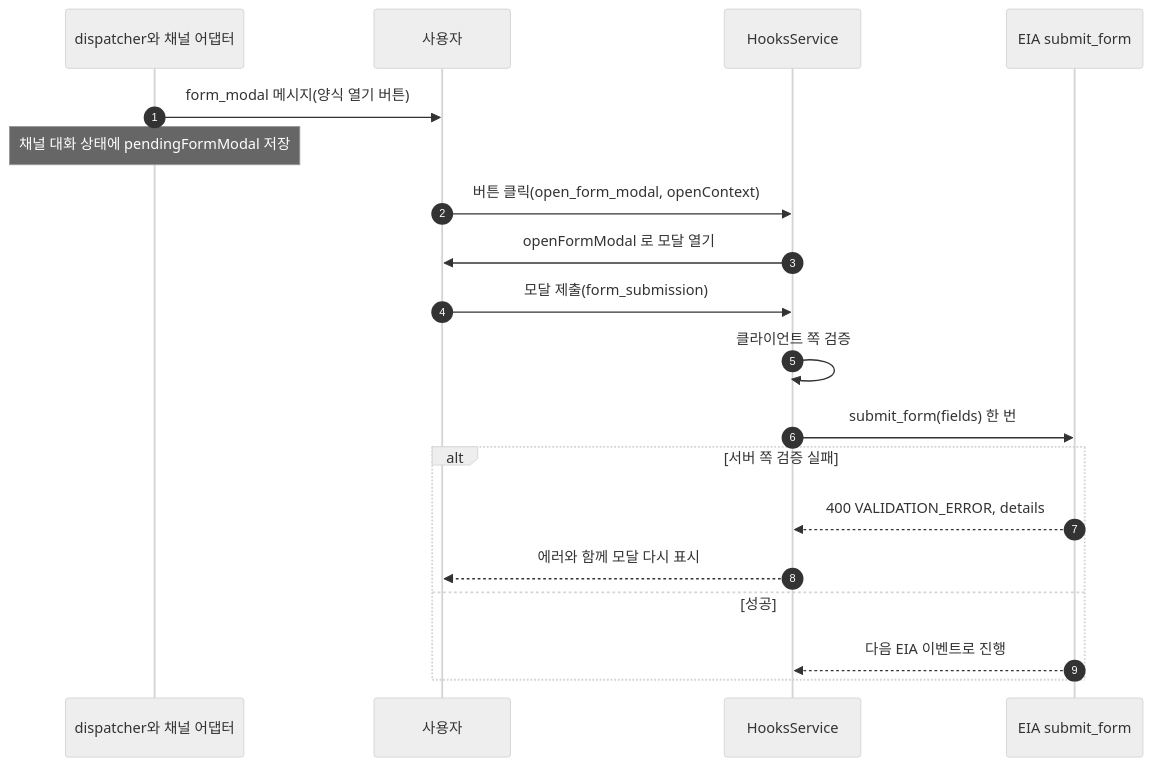
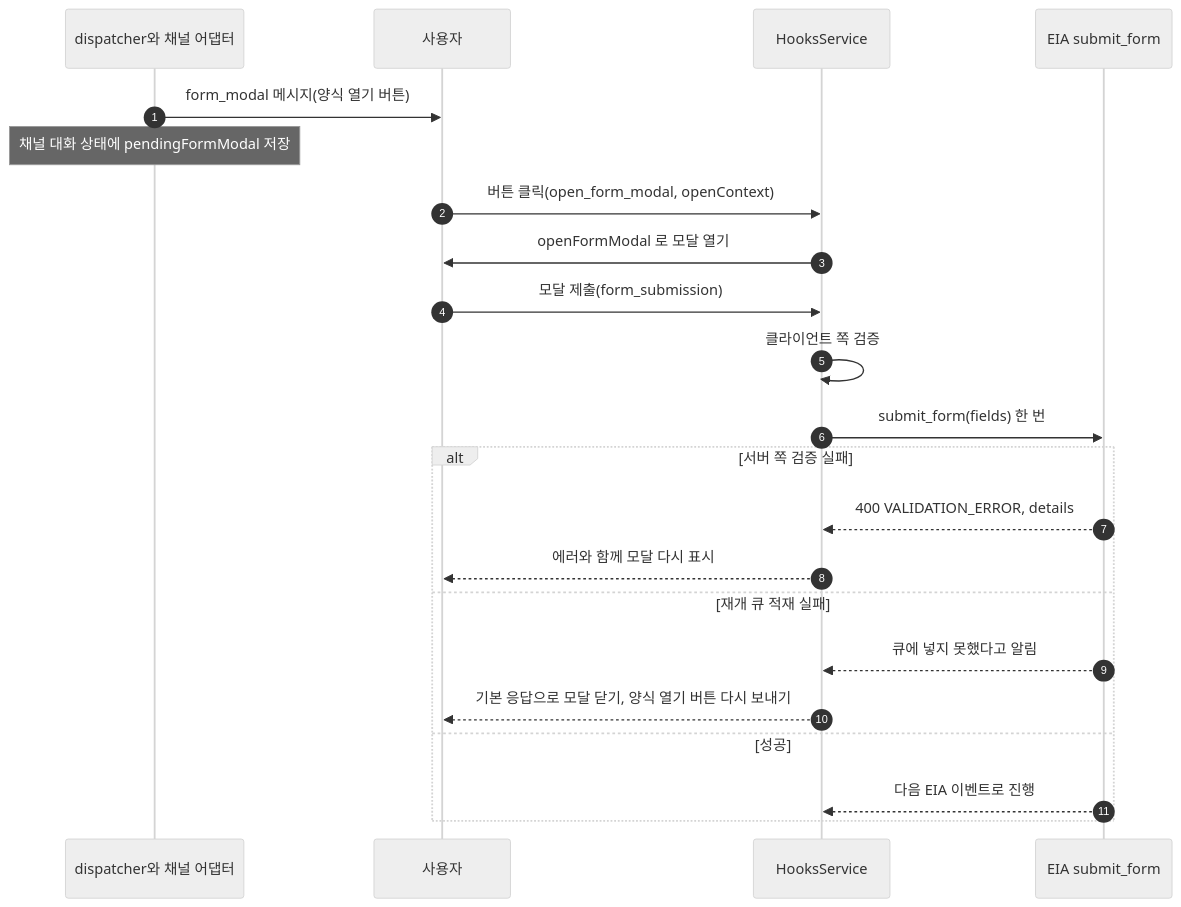
One commit to worker-ants/clemvion changed the diagram in spec/CLE-CHAT/CLE-CHAT-ADAPTER.md. Above: the diagram before and after it, drawn with Mermaid (neutral theme). The commit also changed other lines of this file and 35 other files, not shown here.

````diff
--- a/spec/CLE-CHAT/CLE-CHAT-ADAPTER.md
+++ b/spec/CLE-CHAT/CLE-CHAT-ADAPTER.md
@@ -644,21 +648,24 @@
 ```mermaid
 sequenceDiagram
   autonumber
   participant D as dispatcher와 채널 어댑터
   participant U as 사용자
   participant H as HooksService
   participant E as EIA submit_form
   D->>U: form_modal 메시지(양식 열기 버튼)
   Note over D: 채널 대화 상태에 pendingFormModal 저장
   U->>H: 버튼 클릭(open_form_modal, openContext)
   H->>U: openFormModal 로 모달 열기
   U->>H: 모달 제출(form_submission)
   H->>H: 클라이언트 쪽 검증
   H->>E: submit_form(fields) 한 번
   alt 서버 쪽 검증 실패
     E-->>H: 400 VALIDATION_ERROR, details
     H-->>U: 에러와 함께 모달 다시 표시
+  else 재개 큐 적재 실패
+    E-->>H: 큐에 넣지 못했다고 알림
+    H-->>U: 기본 응답으로 모달 닫기, 양식 열기 버튼 다시 보내기
   else 성공
     E-->>H: 다음 EIA 이벤트로 진행
   end
 ```
````
